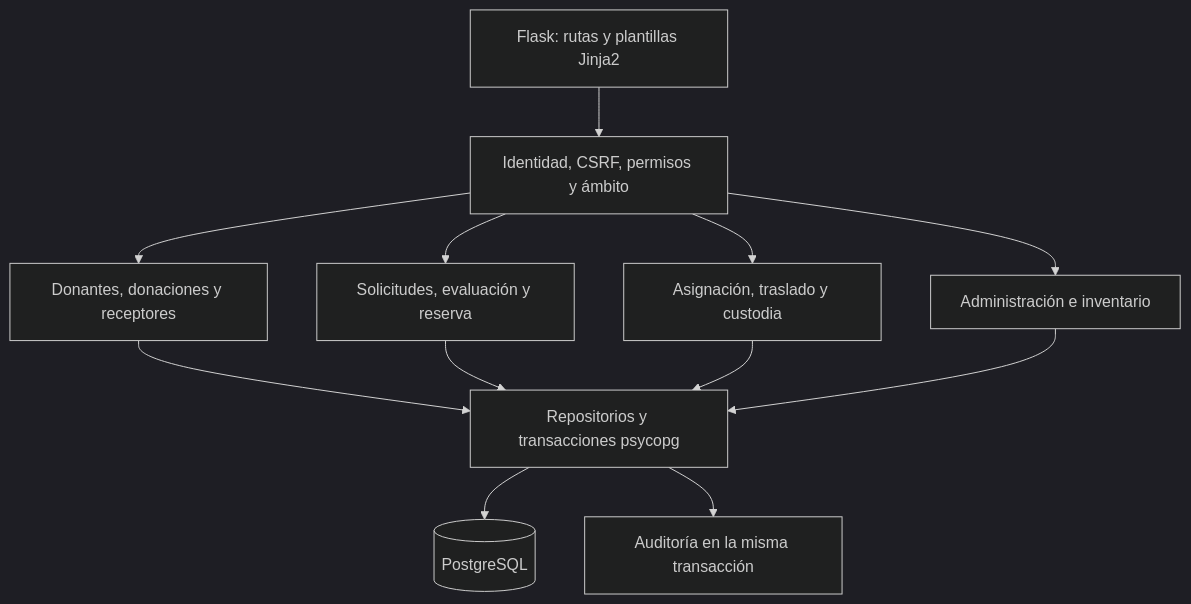
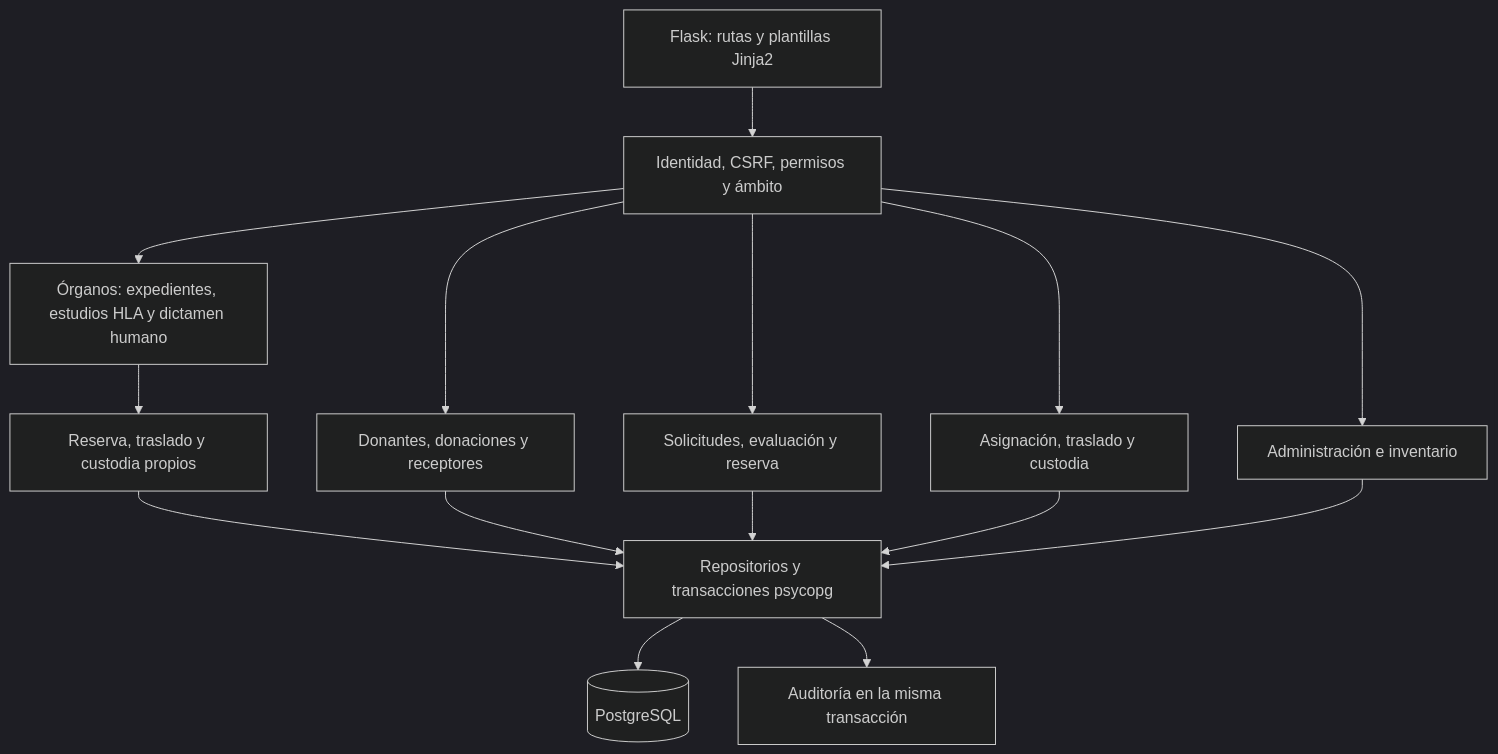
The diagram in documentation/report-assets/diagrams/02_componentes.mmd (victor-berlanga/Red-House), drawn with Mermaid (dark theme) before and after one commit. The commit also changed 454 other files, not shown here.

```diff
--- a/documentation/report-assets/diagrams/02_componentes.mmd
+++ b/documentation/report-assets/diagrams/02_componentes.mmd
@@ -1,12 +1,15 @@
 flowchart TB
   UI[Flask: rutas y plantillas Jinja2] --> AUTH[Identidad, CSRF, permisos y ámbito]
   AUTH --> REG[Donantes, donaciones y receptores]
   AUTH --> SOL[Solicitudes, evaluación y reserva]
   AUTH --> LOG[Asignación, traslado y custodia]
+  AUTH --> ORG[Órganos: expedientes, estudios HLA y dictamen humano]
+  ORG --> OLOG[Reserva, traslado y custodia propios]
+  OLOG --> DATA
   AUTH --> ADM[Administración e inventario]
   REG --> DATA[Repositorios y transacciones psycopg]
   SOL --> DATA
   LOG --> DATA
   ADM --> DATA
   DATA --> PG[(PostgreSQL)]
   DATA --> AUD[Auditoría en la misma transacción]
```
